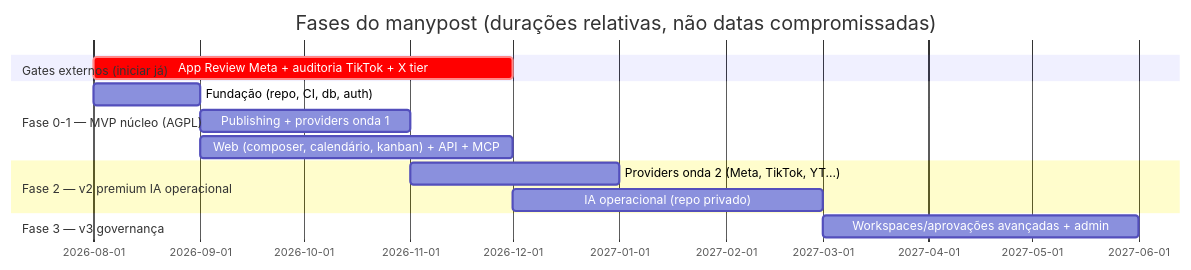
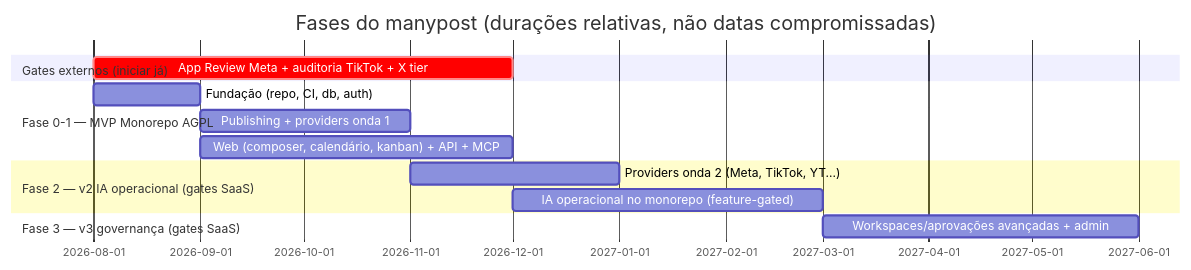
One commit to manypost/manypost-app changed the diagram in docs/specs/SPEC_ROADMAP.md. Above: the diagram before and after it, drawn with Mermaid. The commit also changed other lines of this file and 16 other files, not shown here.

````diff
--- a/docs/specs/SPEC_ROADMAP.md
+++ b/docs/specs/SPEC_ROADMAP.md
@@ -5,16 +5,16 @@
 ```mermaid
 gantt
     dateFormat  YYYY-MM
     title Fases do manypost (durações relativas, não datas compromissadas)
     section Gates externos (iniciar já)
     App Review Meta + auditoria TikTok + X tier     :crit, g1, 2026-08, 4M
-    section Fase 0-1 — MVP núcleo (AGPL)
+    section Fase 0-1 — MVP Monorepo AGPL
     Fundação (repo, CI, db, auth)                   :f0, 2026-08, 1M
     Publishing + providers onda 1                   :f1, after f0, 2M
     Web (composer, calendário, kanban) + API + MCP  :f2, after f0, 3M
-    section Fase 2 — v2 premium IA operacional
+    section Fase 2 — v2 IA operacional (gates SaaS)
     Providers onda 2 (Meta, TikTok, YT...)          :f3, after f1, 2M
-    IA operacional (repo privado)                   :f4, after f2, 3M
-    section Fase 3 — v3 governança
+    IA operacional no monorepo (feature-gated)      :f4, after f2, 3M
+    section Fase 3 — v3 governança (gates SaaS)
     Workspaces/aprovações avançadas + admin         :f5, after f4, 3M
 ```
````
